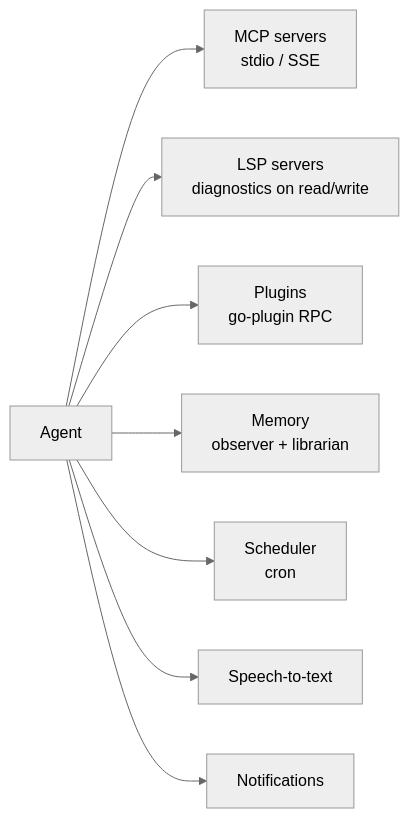
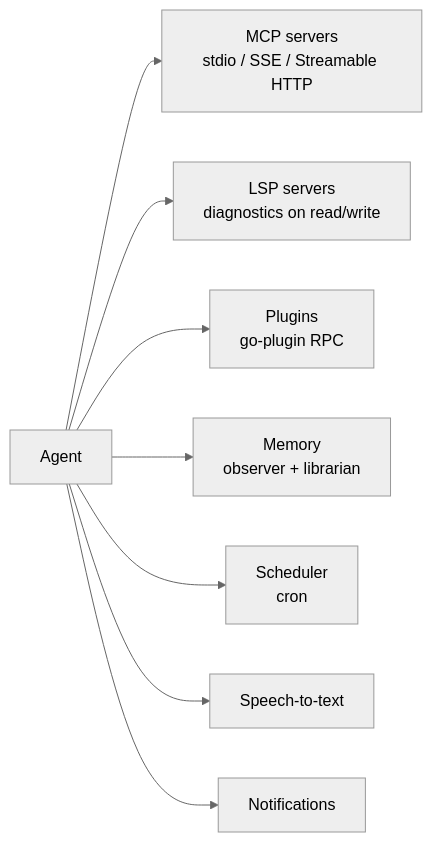
Diagram 11 of 12 in docs/pegg/architecture.md (peggco/pegg), drawn with Mermaid (neutral theme) before and after one commit. The commit also changed other lines of this file and 177 other files, not shown here.

````diff
--- a/docs/pegg/architecture.md
+++ b/docs/pegg/architecture.md
@@ -476,10 +476,10 @@
 ```mermaid
 flowchart LR
-    Agent["Agent"] --> MCP["MCP servers<br/>stdio / SSE"]
+    Agent["Agent"] --> MCP["MCP servers<br/>stdio / SSE / Streamable HTTP"]
     Agent --> LSP["LSP servers<br/>diagnostics on read/write"]
     Agent --> Plugins["Plugins<br/>go-plugin RPC"]
     Agent --> Memory["Memory<br/>observer + librarian"]
     Agent --> Scheduler["Scheduler<br/>cron"]
     Agent --> STT["Speech-to-text"]
     Agent --> Notify["Notifications"]
 ```
````
